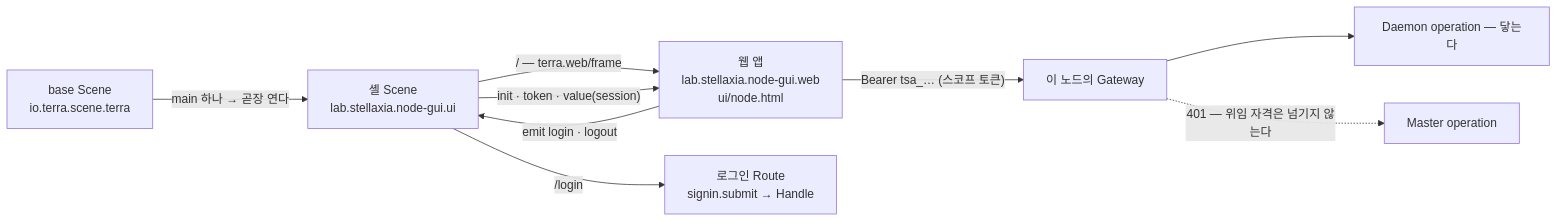
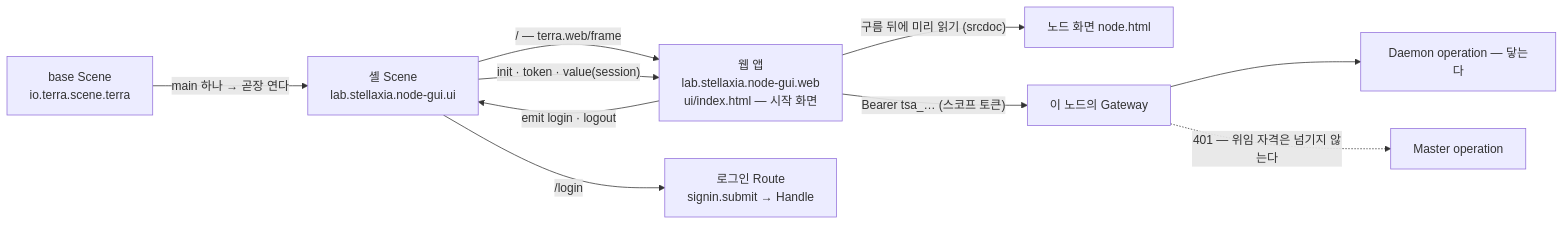
The diagram in common/lab.stellaxia.node-gui/README.md (StellaxiaLab/modules), drawn with Mermaid before and after one commit. The commit also changed other lines of this file and 14 other files, not shown here.

First line of the commit message:
docs(node-gui): maingui 기준 문서 · 구현해야 할 것(PF · MD · UP · Q)

````diff
--- a/common/lab.stellaxia.node-gui/README.md
+++ b/common/lab.stellaxia.node-gui/README.md
@@ -52,11 +59,12 @@
 ```mermaid
 flowchart LR
   BASE["base Scene<br/>io.terra.scene.terra"] -->|"main 하나 → 곧장 연다"| SH["셸 Scene<br/>lab.stellaxia.node-gui.ui"]
-  SH -->|"/ — terra.web/frame"| APP["웹 앱<br/>lab.stellaxia.node-gui.web<br/>ui/node.html"]
+  SH -->|"/ — terra.web/frame"| APP["웹 앱<br/>lab.stellaxia.node-gui.web<br/>ui/index.html — 시작 화면"]
+  APP -->|"구름 뒤에 미리 읽기 (srcdoc)"| NODE["노드 화면 node.html"]
   SH -->|"/login"| LG["로그인 Route<br/>signin.submit → Handle"]
   APP -- "emit login · logout" --> SH
   SH -- "init · token · value(session)" --> APP
   APP -->|"Bearer tsa_… (스코프 토큰)"| GW["이 노드의 Gateway"]
   GW --> DM["Daemon operation — 닿는다"]
   GW -. "401 — 위임 자격은 넘기지 않는다" .-> MS["Master operation"]
 ```
````
